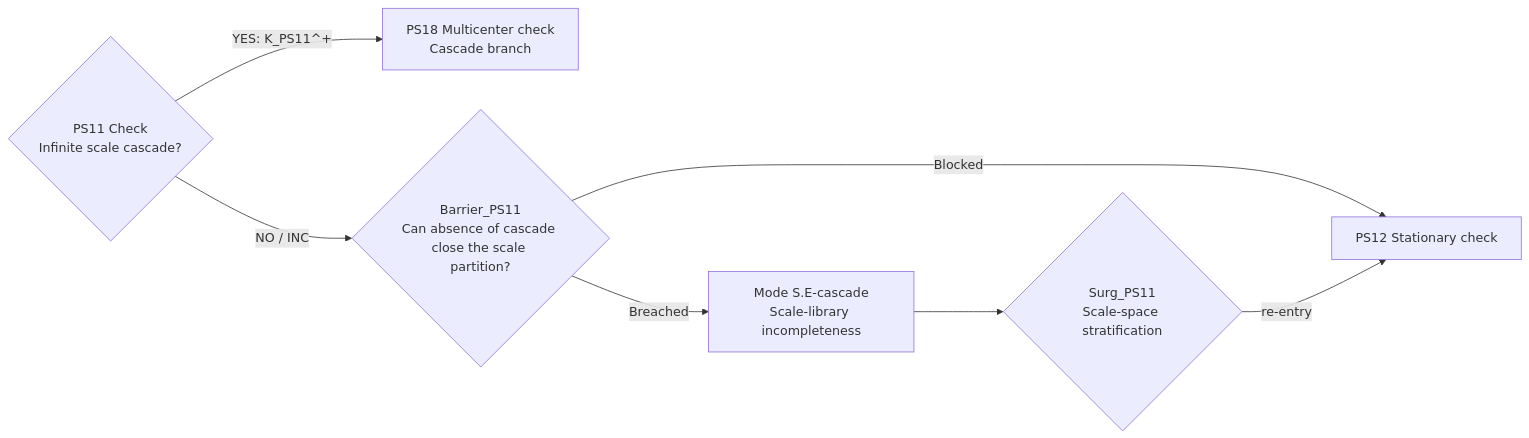
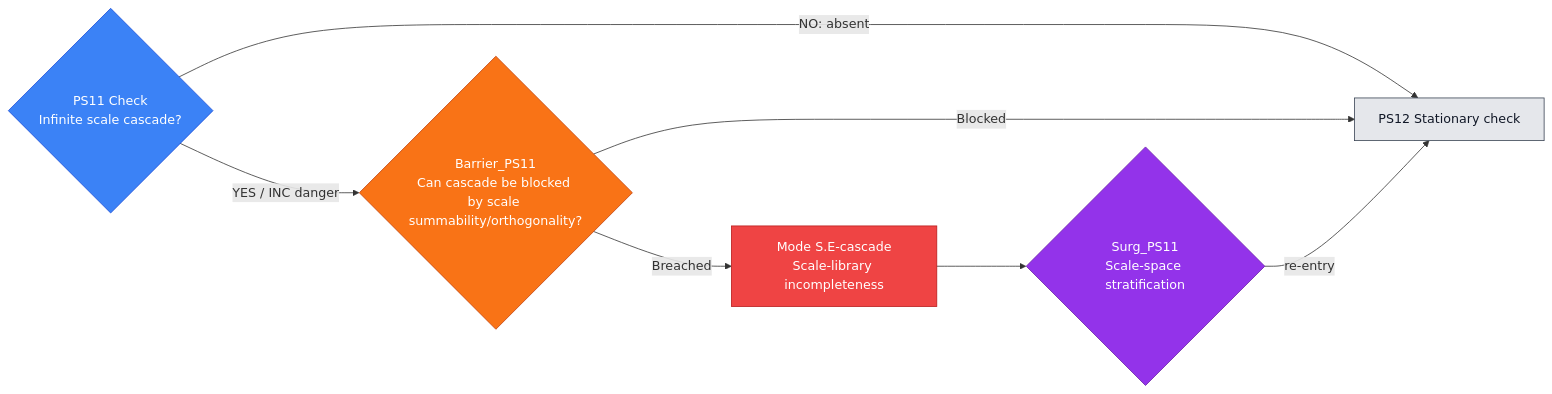
Diagram 17 of 54 in docs/source/1_hypostructure_formalism/edits/new_sieve.md (Guillemdb/hypostructure), drawn with Mermaid before and after one commit. The commit also changed other lines of this file and 5 other files, not shown here.

````diff
--- a/docs/source/1_hypostructure_formalism/edits/new_sieve.md
+++ b/docs/source/1_hypostructure_formalism/edits/new_sieve.md
@@ -346,10 +1669,23 @@
 ```mermaid
 flowchart LR
     C{"PS11 Check<br/>Infinite scale cascade?"}
-    C -- "YES: K_PS11^+" --> N["PS18 Multicenter check<br/>Cascade branch"]
-    C -- "NO / INC" --> B{"Barrier_PS11<br/>Can absence of cascade close the scale partition?"}
-    B -- "Blocked" --> N2["PS12 Stationary check"]
+    C -- "NO: absent" --> N["PS12 Stationary check"]
+    C -- "YES / INC danger" --> B{"Barrier_PS11<br/>Can cascade be blocked by scale summability/orthogonality?"}
+    B -- "Blocked" --> N
     B -- "Breached" --> M["Mode S.E-cascade<br/>Scale-library incompleteness"]
     M --> S{"Surg_PS11<br/>Scale-space stratification"}
-    S -- "re-entry" --> N2
+    S -- "re-entry" --> N
+
+    classDef check fill:#3b82f6,stroke:#1d4ed8,color:#ffffff;
+    classDef barrier fill:#f97316,stroke:#c2410c,color:#ffffff;
+    classDef mode fill:#ef4444,stroke:#b91c1c,color:#ffffff;
+    classDef surgery fill:#9333ea,stroke:#6b21a8,color:#ffffff;
+    classDef next fill:#e5e7eb,stroke:#374151,color:#111827;
+    classDef terminal fill:#fef3c7,stroke:#d97706,color:#111827;
+
+    class C check;
+    class B barrier;
+    class M mode;
+    class S surgery;
+    class N next;
 ```
````
